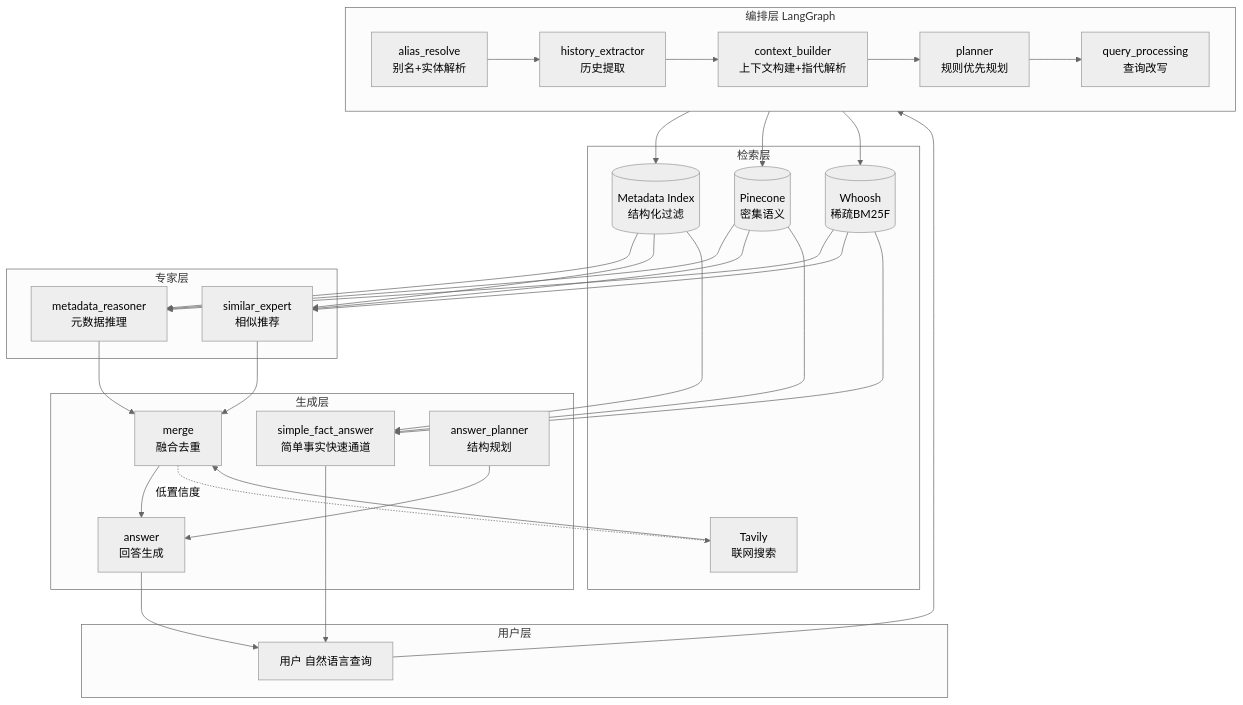
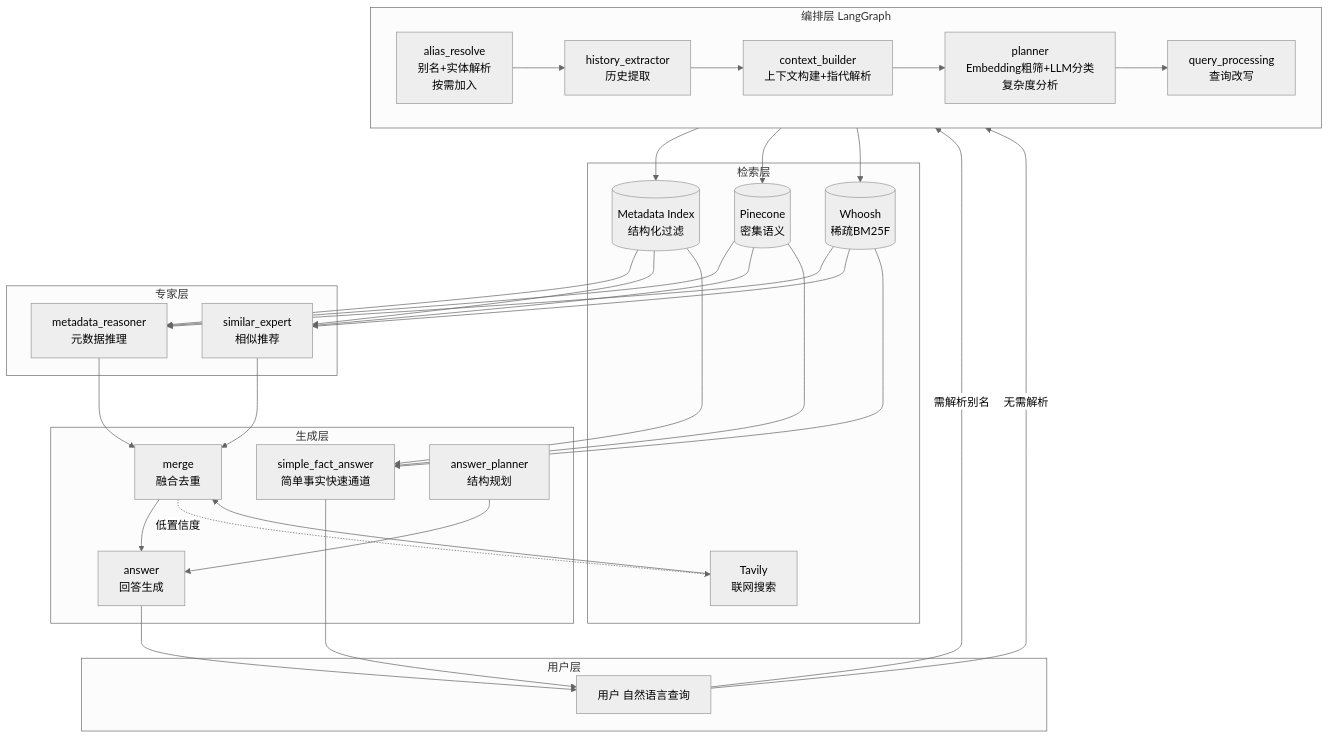
Before and after one commit to AKArrok/AniGraph: the first of 5 diagrams in .trae/documents/project-summary.md, drawn with Mermaid (neutral theme). The commit also changed other lines of this file and 16 other files, not shown here.

````diff
--- a/.trae/documents/project-summary.md
+++ b/.trae/documents/project-summary.md
@@ -78,43 +78,45 @@
 ```mermaid
 graph TB
     subgraph 用户层
         U[用户 自然语言查询]
     end
 
     subgraph 编排层 LangGraph
         direction LR
-        AR[alias_resolve<br/>别名+实体解析]
+        AR[alias_resolve<br/>别名+实体解析<br/>按需加入]
         HE[history_extractor<br/>历史提取]
         CB[context_builder<br/>上下文构建+指代解析]
-        PL[planner<br/>规则优先规划]
+        PL[planner<br/>Embedding粗筛+LLM分类<br/>复杂度分析]
         QP[query_processing<br/>查询改写]
     end
 
     subgraph 检索层
         MI[(Metadata Index<br/>结构化过滤)]
         PC[(Pinecone<br/>密集语义)]
         WH[(Whoosh<br/>稀疏BM25F)]
         TV[Tavily<br/>联网搜索]
     end
 
     subgraph 专家层
         MR[metadata_reasoner<br/>元数据推理]
         SE[similar_expert<br/>相似推荐]
     end
 
     subgraph 生成层
         MG[merge<br/>融合去重]
         SF[simple_fact_answer<br/>简单事实快速通道]
         AP[answer_planner<br/>结构规划]
         AN[answer<br/>回答生成]
     end
 
-    U --> AR --> HE --> CB --> PL --> QP
+    U -->|需解析别名| AR --> HE
+    U -->|无需解析| HE
+    HE --> CB --> PL --> QP
     QP --> MI & PC & WH
     MI & PC & WH --> MR & SE & SF
     MR & SE --> MG --> AN
     SF --> U
     MG -.->|低置信度| TV --> MG
     AP --> AN
     AN --> U
 ```
````
